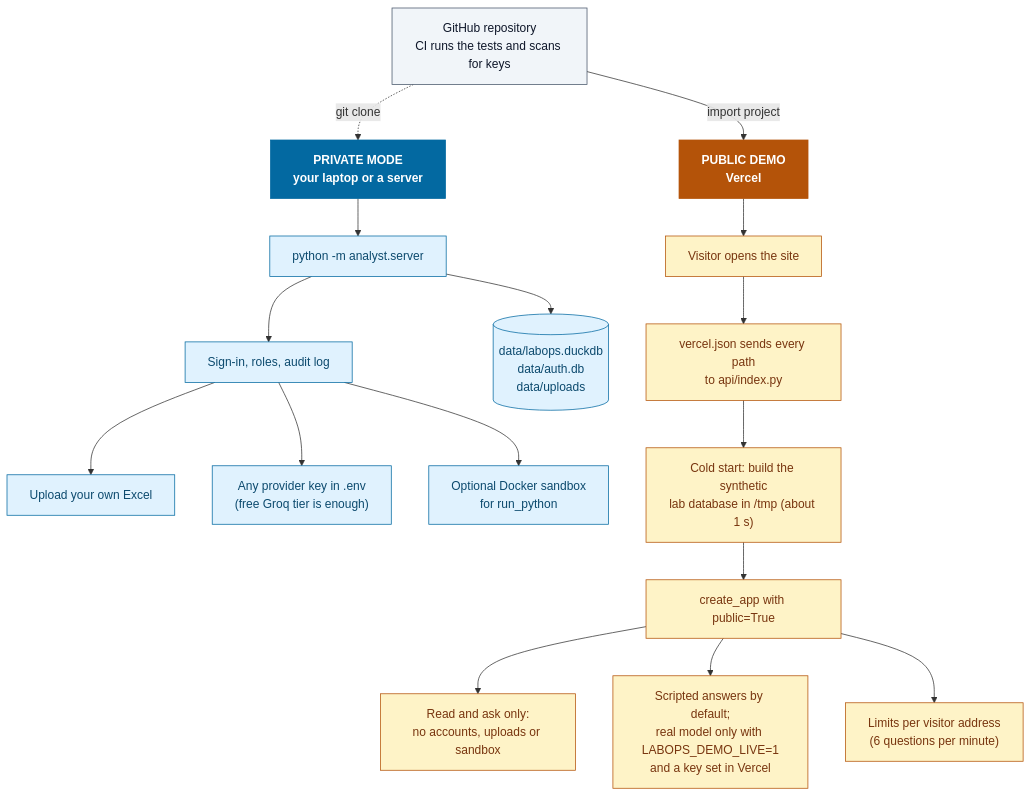
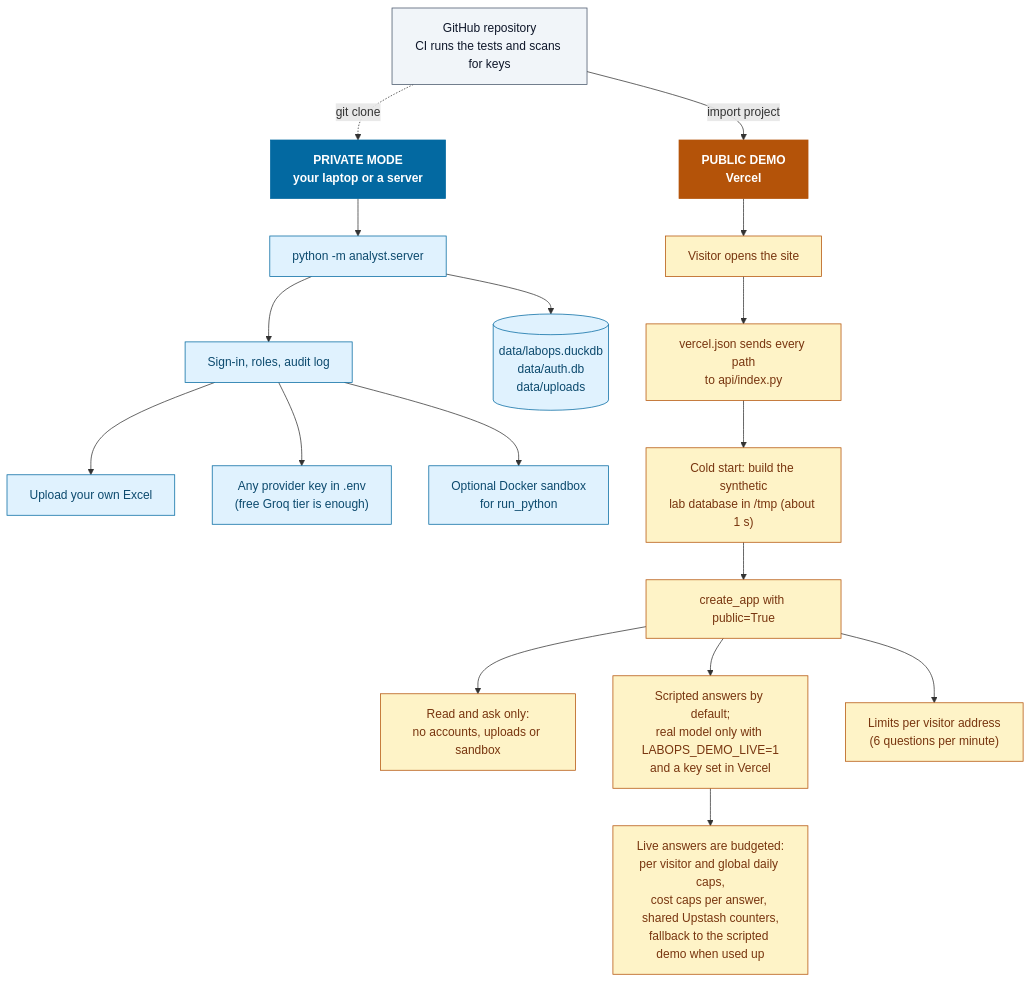
Before and after one commit to JAIdamodharan/LabOpsInsight: the fifth of 5 diagrams in README.md, drawn with Mermaid. The commit also changed other lines of this file and 7 other files, not shown here.

Commit message:
Public live demo: daily budgets per visitor and overall, per-answer cost caps, optional shared Upstash counters, fail-closed fallback to the scripted demo; step-by-step Vercel guide

````diff
--- a/README.md
+++ b/README.md
@@ -218,34 +218,35 @@
 ```mermaid
 flowchart TB
   GH["GitHub repository<br/>CI runs the tests and scans for keys"]
   GH -. "git clone" .-> P0
   GH -- "import project" --> V0
 
   P0["PRIVATE MODE<br/>your laptop or a server"]
   P0 --> P1["python -m analyst.server"]
   P1 --> P2["Sign-in, roles, audit log"]
   P2 --> P3["Upload your own Excel"]
   P2 --> P4["Any provider key in .env<br/>(free Groq tier is enough)"]
   P2 --> P5["Optional Docker sandbox<br/>for run_python"]
   P1 --> P6[("data/labops.duckdb<br/>data/auth.db<br/>data/uploads")]
 
   V0["PUBLIC DEMO<br/>Vercel"]
   V0 --> V1["Visitor opens the site"]
   V1 --> V2["vercel.json sends every path<br/>to api/index.py"]
   V2 --> V3["Cold start: build the synthetic<br/>lab database in /tmp (about 1 s)"]
   V3 --> V4["create_app with public=True"]
   V4 --> V5["Read and ask only:<br/>no accounts, uploads or sandbox"]
   V4 --> V6["Scripted answers by default;<br/>real model only with LABOPS_DEMO_LIVE=1<br/>and a key set in Vercel"]
   V4 --> V7["Limits per visitor address<br/>(6 questions per minute)"]
+  V6 --> V8["Live answers are budgeted:<br/>per visitor and global daily caps,<br/>cost caps per answer, shared Upstash counters,<br/>fallback to the scripted demo when used up"]
 
   classDef a fill:#e0f2fe,stroke:#0369a1,color:#0c4a6e
   classDef b fill:#fef3c7,stroke:#b45309,color:#78350f
   classDef c fill:#f1f5f9,stroke:#475569,color:#0f172a
   classDef head font-weight:bold,fill:#0369a1,stroke:#0369a1,color:#ffffff
   classDef headb font-weight:bold,fill:#b45309,stroke:#b45309,color:#ffffff
   class P1,P2,P3,P4,P5,P6 a
-  class V1,V2,V3,V4,V5,V6,V7 b
+  class V1,V2,V3,V4,V5,V6,V7,V8 b
   class GH c
   class P0 head
   class V0 headb
 ```
````
